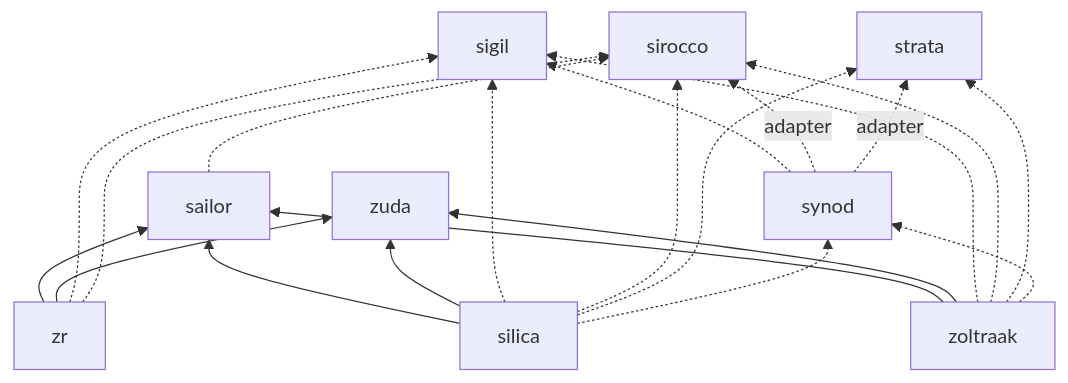
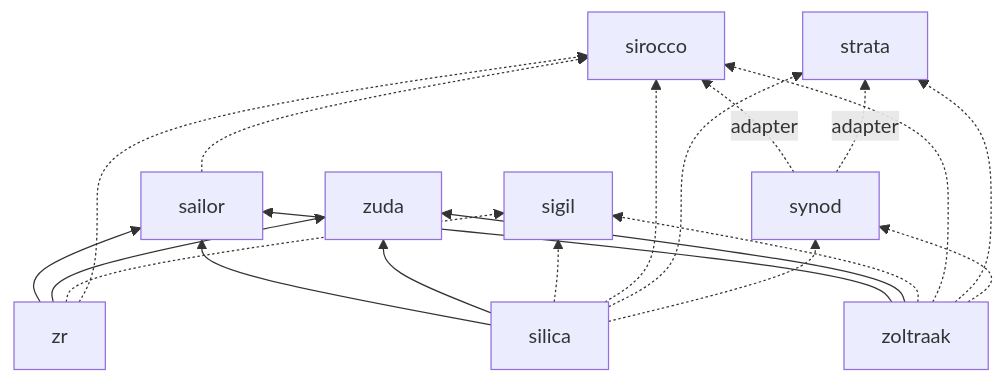
Before and after one commit to yusa-imit/citadel: the diagram in docs/KINGDOM.md, drawn with Mermaid. The commit also changed other lines of this file, not shown here.

First line of the commit message:
docs(kingdom): refresh sigil/sirocco/zuda status, drop synod->sigil edge (#29)

````diff
--- a/docs/KINGDOM.md
+++ b/docs/KINGDOM.md
@@ -35,33 +35,32 @@
 ```mermaid
 graph BT
   sigil[sigil]
   sirocco[sirocco]
   strata[strata]
   synod[synod]
   zuda[zuda]
   sailor[sailor]
   zr[zr]
   silica[silica]
   zoltraak[zoltraak]
 
-  synod -.-> sigil
   synod -.->|adapter| sirocco
   synod -.->|adapter| strata
   sailor -.-> sirocco
   zr --> sailor
   zr --> zuda
   zr -.-> sigil
   zr -.-> sirocco
   silica --> sailor
   silica --> zuda
   silica -.-> sigil
   silica -.-> sirocco
   silica -.-> strata
   silica -.-> synod
   zoltraak --> sailor
   zoltraak --> zuda
   zoltraak -.-> sigil
   zoltraak -.-> sirocco
   zoltraak -.-> strata
   zoltraak -.-> synod
 ```
````
